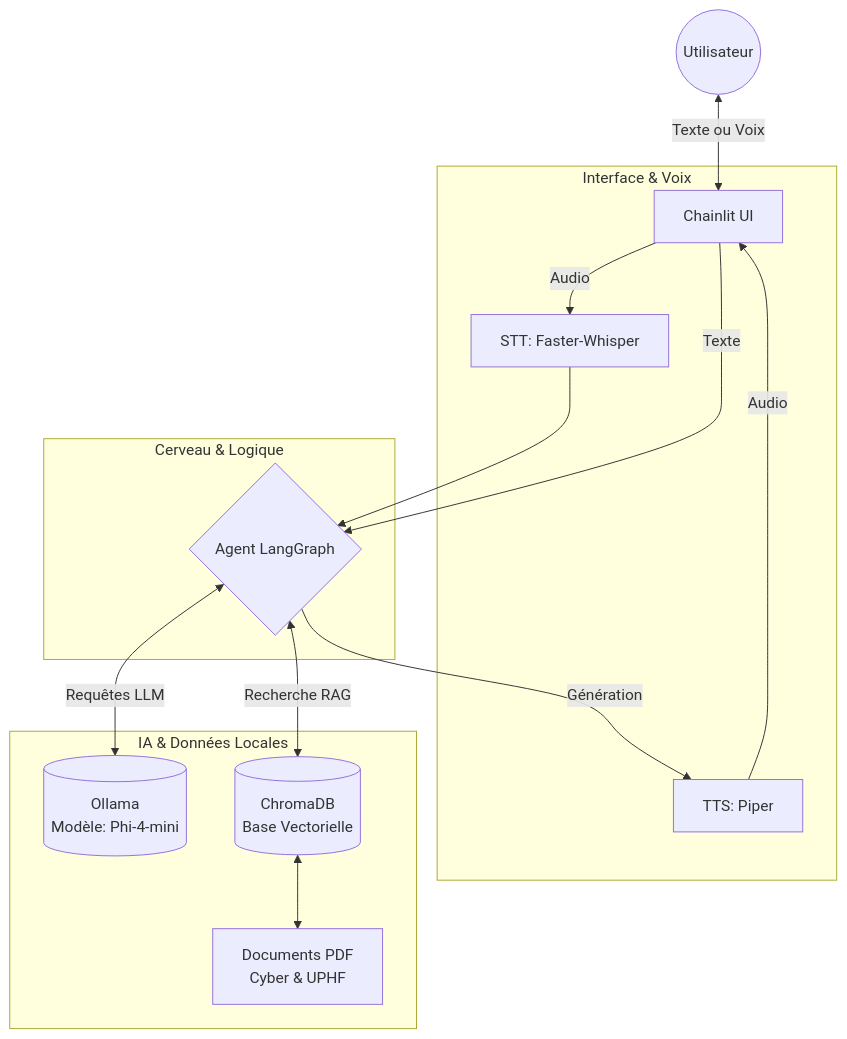
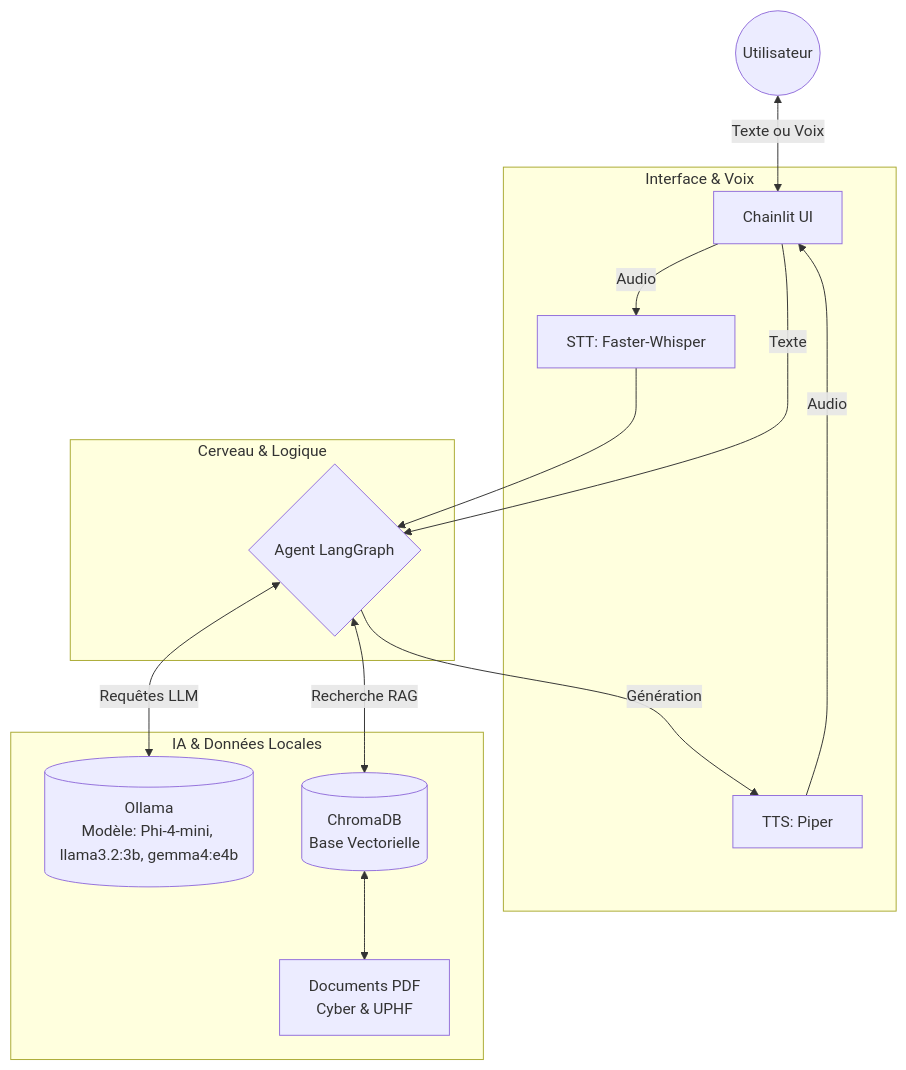
Before and after one commit to julesdavidou/Projet-F.R.I.T.E.S: the first of 2 diagrams in README.md, drawn with Mermaid. The commit also changed other lines of this file and 1 other file, not shown here.

````diff
--- a/README.md
+++ b/README.md
@@ -12,21 +12,21 @@
 ```mermaid
 graph TD
     User((Utilisateur)) <-->|Texte ou Voix| UI[Chainlit UI]
     
     subgraph "Interface & Voix"
         UI -->|Audio| STT[STT: Faster-Whisper]
         TTS[TTS: Piper] -->|Audio| UI
     end
     
     subgraph "Cerveau & Logique"
         STT --> Agent
         UI -->|Texte| Agent{Agent LangGraph}
         Agent -->|Génération| TTS
     end
     
     subgraph "IA & Données Locales"
-        Agent <-->|Requêtes LLM| Ollama[(Ollama\nModèle: Phi-4-mini)]
+        Agent <-->|Requêtes LLM| Ollama[(Ollama\nModèle: Phi-4-mini, llama3.2:3b, gemma4:e4b)]
         Agent <-->|Recherche RAG| Chroma[(ChromaDB\nBase Vectorielle)]
         Chroma <--> Docs[Documents PDF\nCyber & UPHF]
     end
 ```
````
